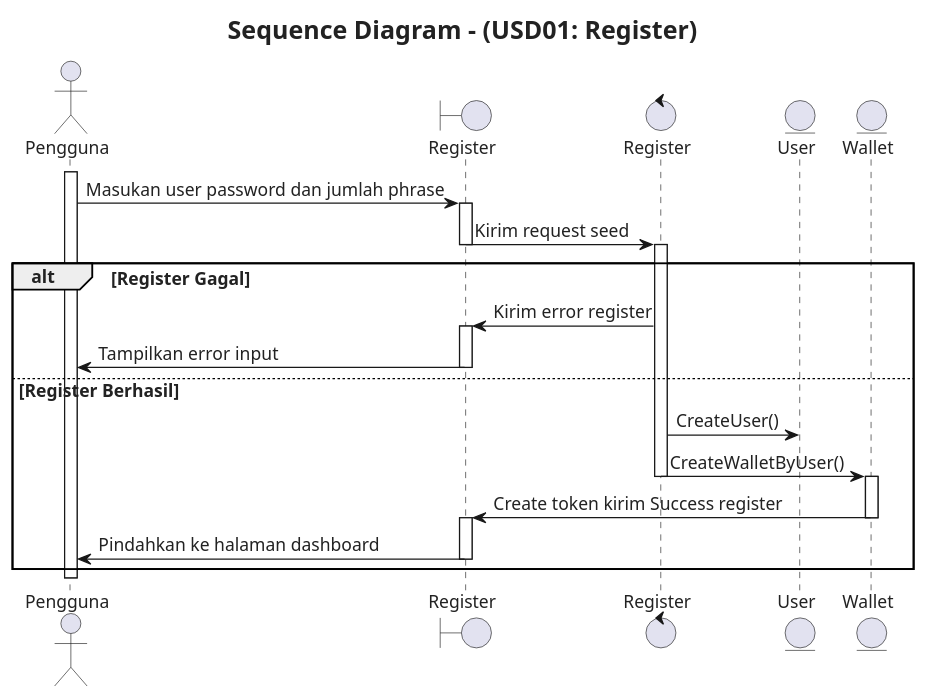
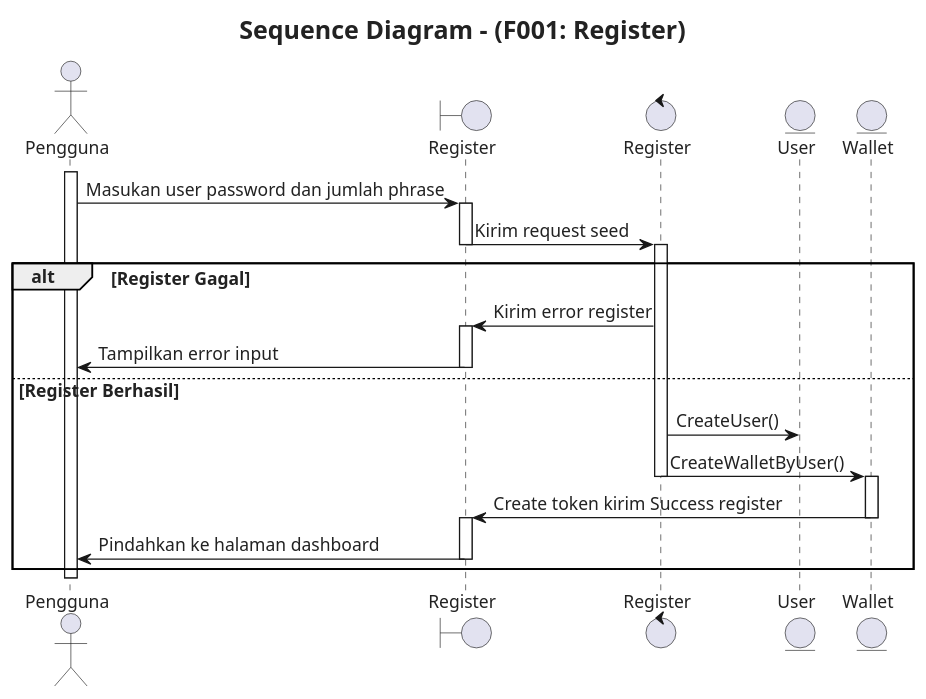
Before and after one commit to syafiq-ubay/walldoc-plantUML: the diagram in sequence-diagram/01_Register.puml, drawn with PlantUML. The commit also changed 12 other files, not shown here.

Commit message:
fix code sequence diagram

```diff
--- a/sequence-diagram/01_Register.puml
+++ b/sequence-diagram/01_Register.puml
@@ -1,40 +1,40 @@
 @startuml
 skinparam defaultFontName "JetBrains Mono"
 skinparam defaultFontSize 14
 skinparam defaultFontColor #222222
 skinparam titleFontSize 20
-title Sequence Diagram - (USD01: Register)
+title Sequence Diagram - (F001: Register)
 
 actor Pengguna as User
 boundary "Register" as View
 control "Register" as System
 entity "User" as DB
 entity "Wallet" as DB2
 
 activate User
 User -> View: Masukan user password dan jumlah phrase
 activate View
 View -> System: Kirim request seed
 deactivate View
 
 alt Register Gagal
 
     activate System
     System -> View: Kirim error register
     activate View
     View -> User: Tampilkan error input
     deactivate View
 else Register Berhasil
     ' activate System
     System -> DB: CreateUser()
     System -> DB2: CreateWalletByUser()
     deactivate System
     activate DB2
     DB2 -> View: Create token kirim Success register
     deactivate DB2
     activate View
     View -> User: Pindahkan ke halaman dashboard
     deactivate View
 end
 deactivate User
 @enduml
```
